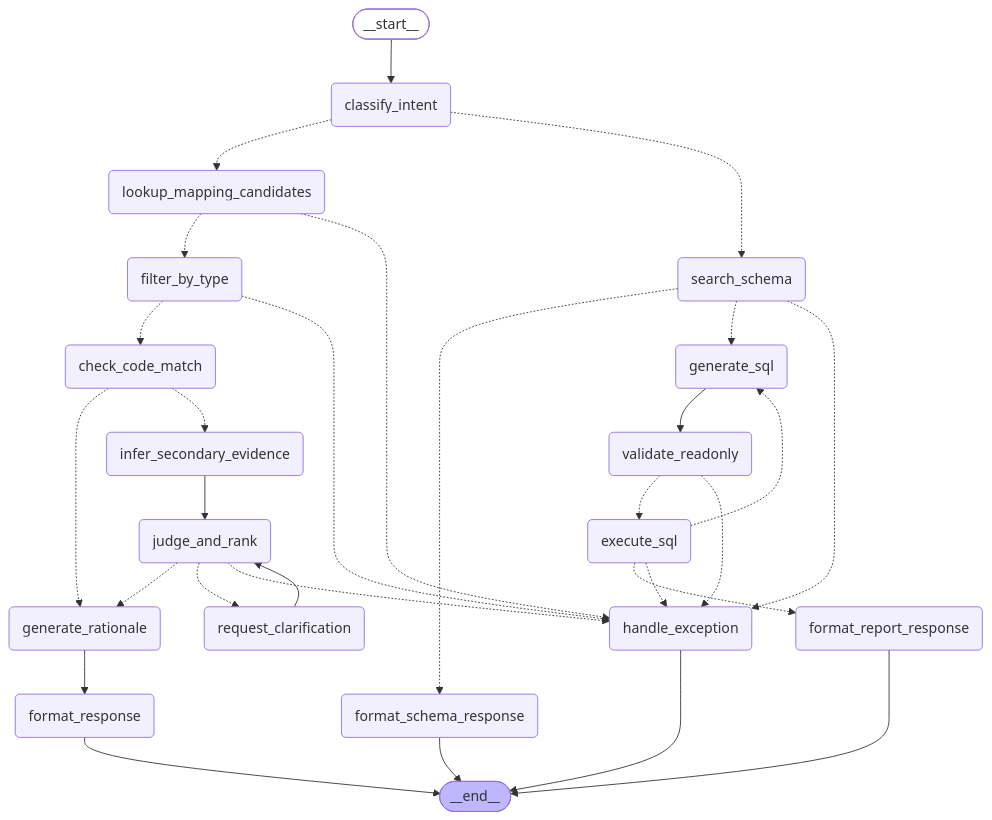
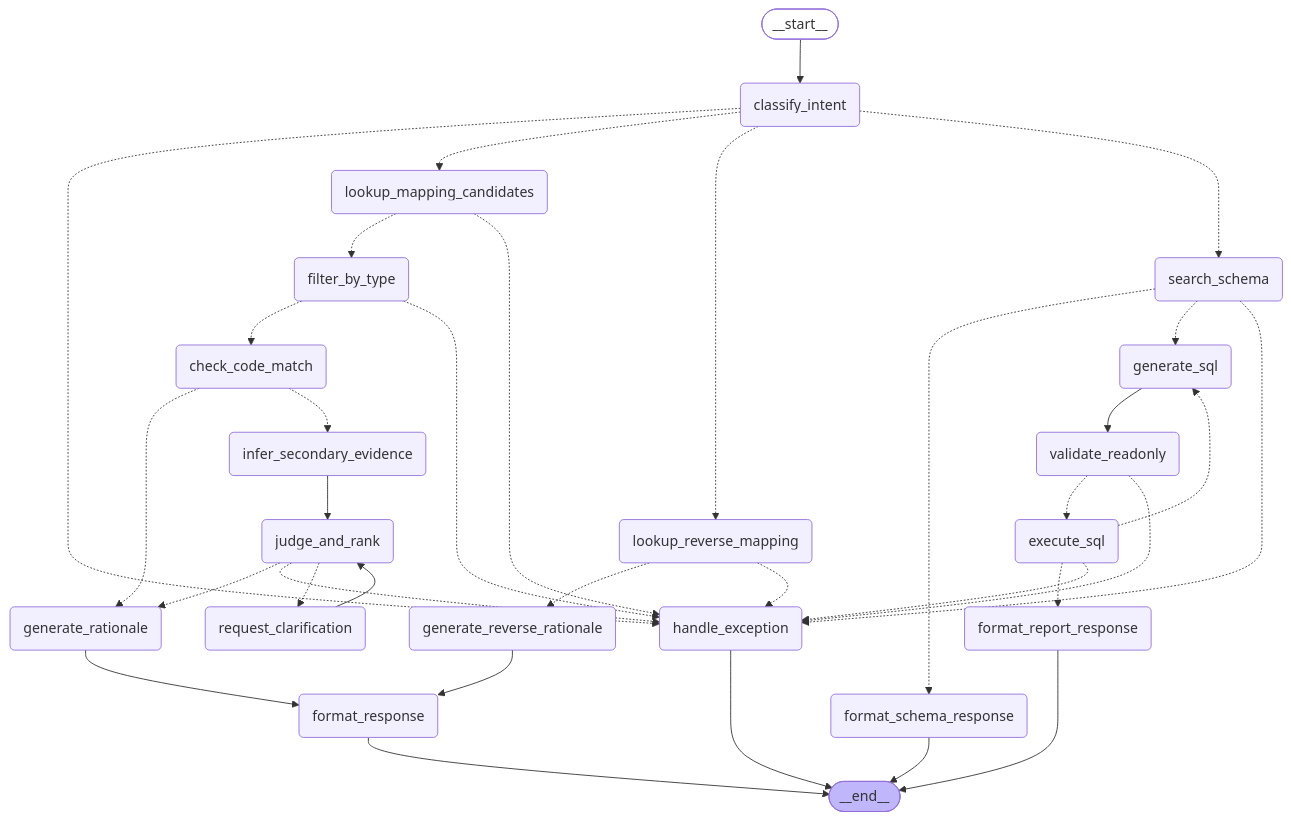
Before and after one commit to kwakkwakwoohyun/schemabridge: the diagram in README.md, drawn with Mermaid. The commit also changed other lines of this file and 9 other files, not shown here.

````diff
--- a/README.md
+++ b/README.md
@@ -27,52 +27,59 @@
 ```mermaid
 graph TD;
 	__start__([__start__]):::first
 	lookup_mapping_candidates(lookup_mapping_candidates)
+	lookup_reverse_mapping(lookup_reverse_mapping)
+	generate_reverse_rationale(generate_reverse_rationale)
 	filter_by_type(filter_by_type)
 	check_code_match(check_code_match)
 	handle_exception(handle_exception)
 	format_response(format_response)
 	infer_secondary_evidence(infer_secondary_evidence)
 	judge_and_rank(judge_and_rank)
 	request_clarification(request_clarification)
 	generate_rationale(generate_rationale)
 	classify_intent(classify_intent)
 	search_schema(search_schema)
 	generate_sql(generate_sql)
 	validate_readonly(validate_readonly)
 	execute_sql(execute_sql)
 	format_report_response(format_report_response)
 	format_schema_response(format_schema_response)
 	__end__([__end__]):::last
 	__start__ --> classify_intent;
+	check_code_match -.-> generate_rationale;
+	check_code_match -.-> infer_secondary_evidence;
+	classify_intent -.-> handle_exception;
 	classify_intent -.-> lookup_mapping_candidates;
+	classify_intent -.-> lookup_reverse_mapping;
 	classify_intent -.-> search_schema;
+	execute_sql -.-> format_report_response;
+	execute_sql -.-> generate_sql;
+	execute_sql -.-> handle_exception;
+	filter_by_type -.-> check_code_match;
+	filter_by_type -.-> handle_exception;
+	generate_rationale --> format_response;
+	generate_reverse_rationale --> format_response;
+	generate_sql --> validate_readonly;
+	infer_secondary_evidence --> judge_and_rank;
+	judge_and_rank -.-> generate_rationale;
+	judge_and_rank -.-> handle_exception;
+	judge_and_rank -.-> request_clarification;
 	lookup_mapping_candidates -.-> filter_by_type;
 	lookup_mapping_candidates -.-> handle_exception;
-	filter_by_type -.-> check_code_match;
-	filter_by_type -.-> handle_exception;
-	check_code_match -.-> generate_rationale;
-	check_code_match -.-> infer_secondary_evidence;
-	infer_secondary_evidence --> judge_and_rank;
-	judge_and_rank -.-> generate_rationale;
-	judge_and_rank -.-> request_clarification;
-	judge_and_rank -.-> handle_exception;
+	lookup_reverse_mapping -.-> generate_reverse_rationale;
+	lookup_reverse_mapping -.-> handle_exception;
 	request_clarification --> judge_and_rank;
-	generate_rationale --> format_response;
 	search_schema -.-> format_schema_response;
 	search_schema -.-> generate_sql;
 	search_schema -.-> handle_exception;
-	generate_sql --> validate_readonly;
 	validate_readonly -.-> execute_sql;
 	validate_readonly -.-> handle_exception;
-	execute_sql -.-> format_report_response;
-	execute_sql -.-> generate_sql;
-	execute_sql -.-> handle_exception;
+	format_report_response --> __end__;
 	format_response --> __end__;
-	format_report_response --> __end__;
 	format_schema_response --> __end__;
 	handle_exception --> __end__;
 	classDef default fill:#f2f0ff,line-height:1.2
 	classDef first fill-opacity:0
 	classDef last fill:#bfb6fc
 ```
````
